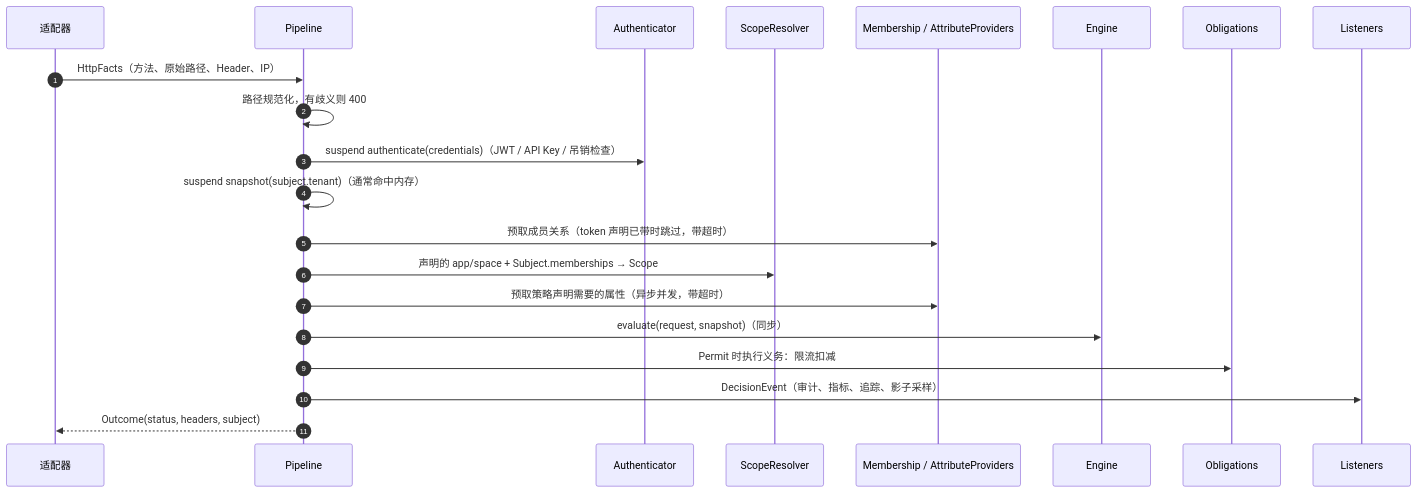
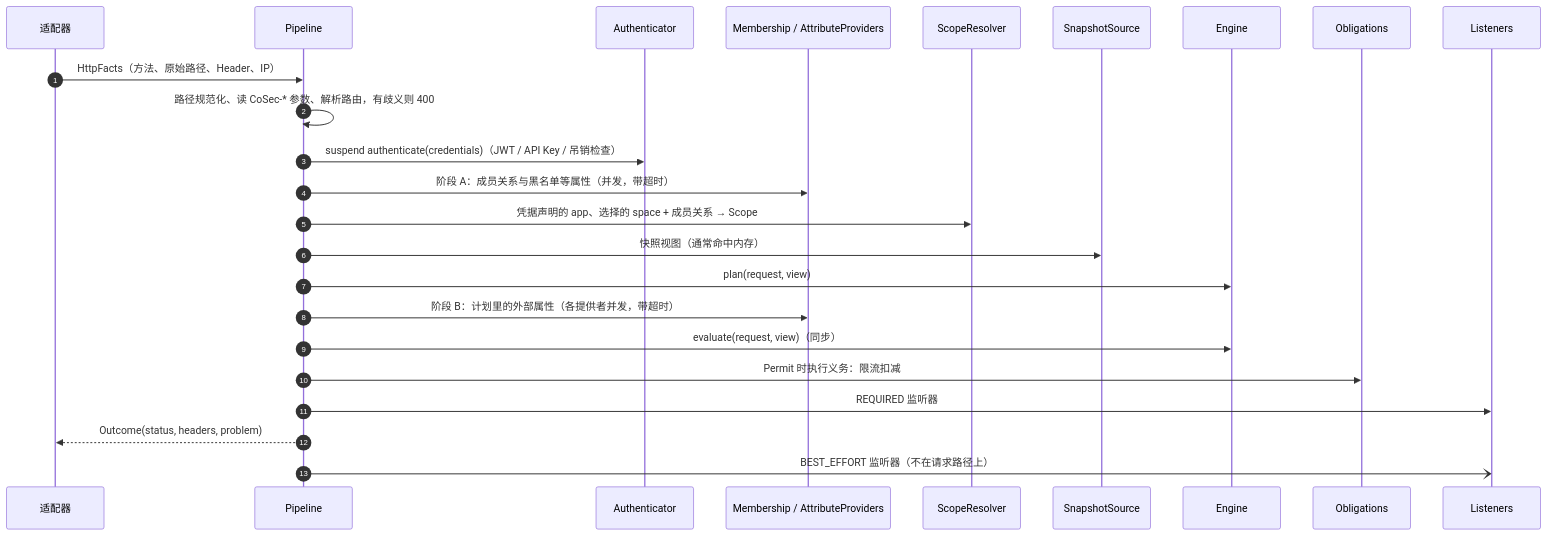
Before and after one commit to Ahoo-Wang/CoSec: the second of 2 diagrams in docs/rfc/0001-target-architecture.md, drawn with Mermaid. The commit also changed other lines of this file, not shown here.

````diff
--- a/docs/rfc/0001-target-architecture.md
+++ b/docs/rfc/0001-target-architecture.md
@@ -272,23 +311,26 @@
 ```mermaid
 sequenceDiagram
     autonumber
     participant A as 适配器
     participant P as Pipeline
     participant N as Authenticator
+    participant I as Membership / AttributeProviders
     participant S as ScopeResolver
-    participant I as Membership / AttributeProviders
+    participant V as SnapshotSource
     participant E as Engine
     participant O as Obligations
     participant L as Listeners
     A->>P: HttpFacts（方法、原始路径、Header、IP）
-    P->>P: 路径规范化，有歧义则 400
+    P->>P: 路径规范化、读 CoSec-* 参数、解析路由，有歧义则 400
     P->>N: suspend authenticate(credentials)（JWT / API Key / 吊销检查）
-    P->>P: suspend snapshot(subject.tenant)（通常命中内存）
-    P->>I: 预取成员关系（token 声明已带时跳过，带超时）
-    P->>S: 声明的 app/space + Subject.memberships → Scope
-    P->>I: 预取策略声明需要的属性（异步并发，带超时）
-    P->>E: evaluate(request, snapshot)（同步）
+    P->>I: 阶段 A：成员关系与黑名单等属性（并发，带超时）
+    P->>S: 凭据声明的 app、选择的 space + 成员关系 → Scope
+    P->>V: 快照视图（通常命中内存）
+    P->>E: plan(request, view)
+    P->>I: 阶段 B：计划里的外部属性（各提供者并发，带超时）
+    P->>E: evaluate(request, view)（同步）
     P->>O: Permit 时执行义务：限流扣减
-    P->>L: DecisionEvent（审计、指标、追踪、影子采样）
-    P-->>A: Outcome(status, headers, subject)
+    P->>L: REQUIRED 监听器
+    P-->>A: Outcome(status, headers, problem)
+    P-)L: BEST_EFFORT 监听器（不在请求路径上）
 ```
````
